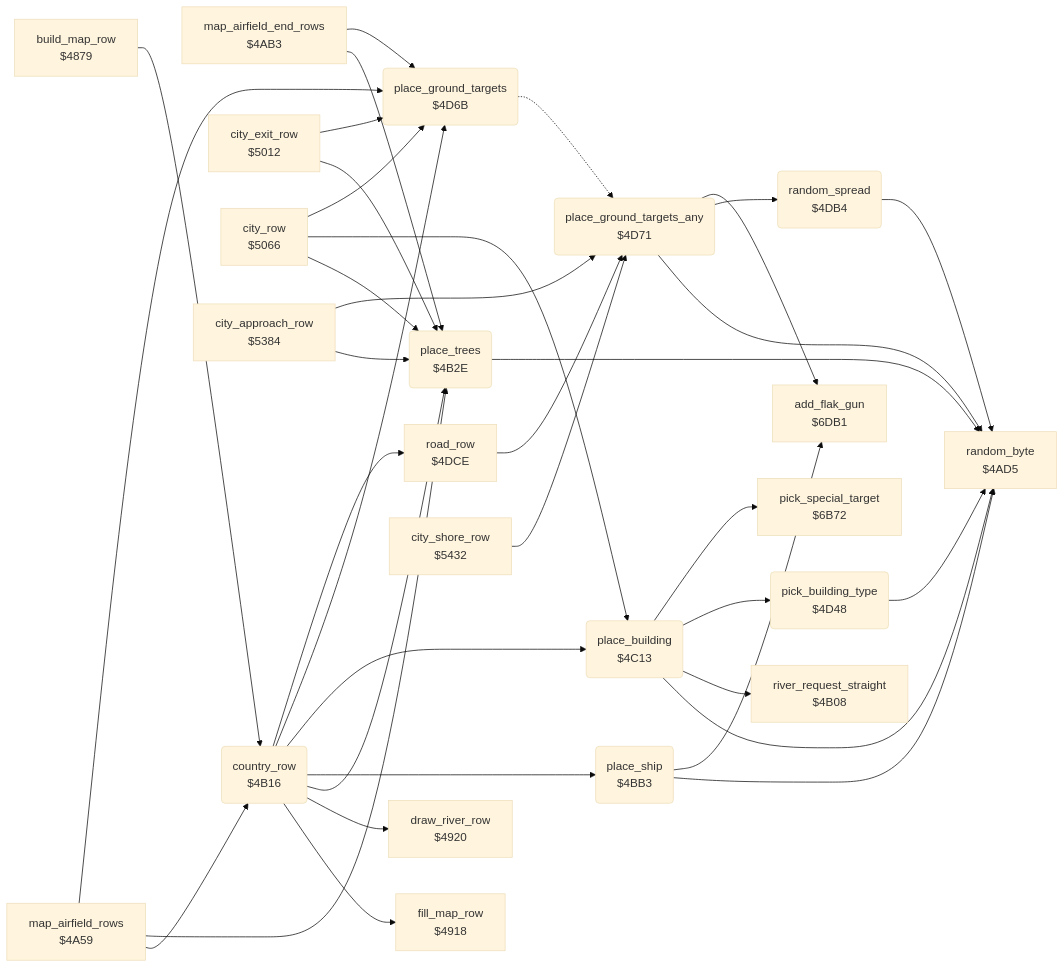
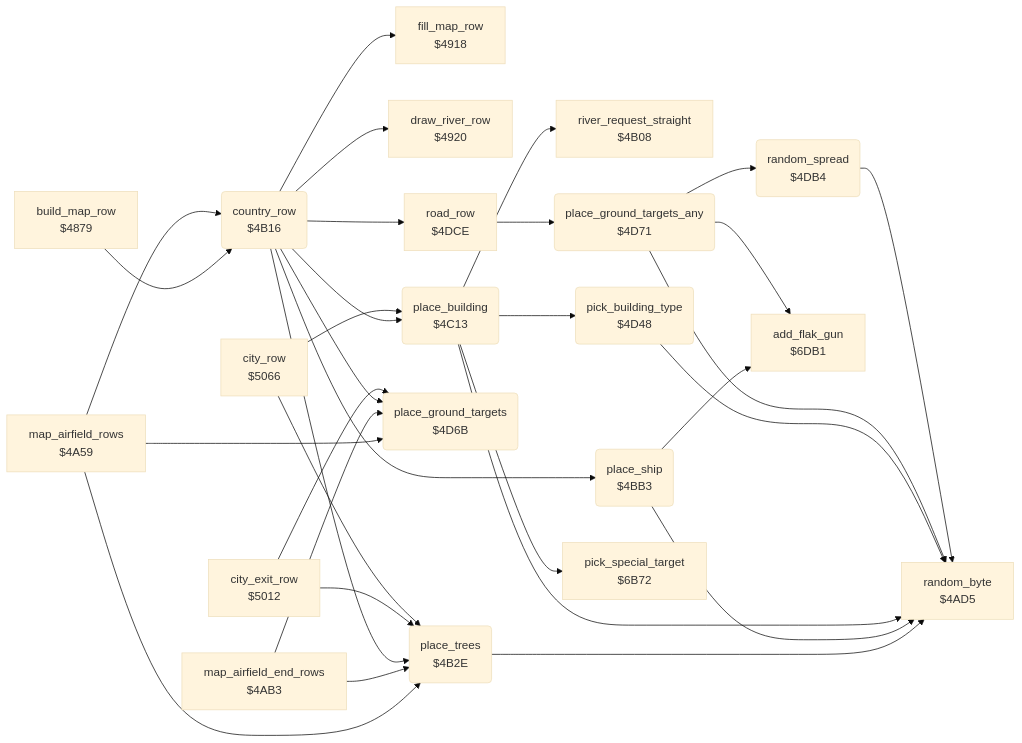
The diagram in blue_max/docs/reference/modules/ground/country_row.md (henols/c64_games), drawn with Mermaid (base theme) before and after one commit. The commit also changed other lines of this file and 1100 other files, not shown here.

````diff
--- a/blue_max/docs/reference/modules/ground/country_row.md
+++ b/blue_max/docs/reference/modules/ground/country_row.md
@@ -10,60 +31,53 @@
 ```mermaid
 flowchart LR
   n4879["build_map_row<br/>$4879"]
   n4918["fill_map_row<br/>$4918"]
   n4920["draw_river_row<br/>$4920"]
   n4a59["map_airfield_rows<br/>$4A59"]
   n4ab3["map_airfield_end_rows<br/>$4AB3"]
   n4ad5["random_byte<br/>$4AD5"]
   n4b08["river_request_straight<br/>$4B08"]
   n4b16("country_row<br/>$4B16")
   n4b2e("place_trees<br/>$4B2E")
   n4bb3("place_ship<br/>$4BB3")
   n4c13("place_building<br/>$4C13")
   n4d48("pick_building_type<br/>$4D48")
   n4d6b("place_ground_targets<br/>$4D6B")
   n4d71("place_ground_targets_any<br/>$4D71")
   n4db4("random_spread<br/>$4DB4")
   n4dce["road_row<br/>$4DCE"]
   n5012["city_exit_row<br/>$5012"]
   n5066["city_row<br/>$5066"]
-  n5384["city_approach_row<br/>$5384"]
-  n5432["city_shore_row<br/>$5432"]
   n6b72["pick_special_target<br/>$6B72"]
   n6db1["add_flak_gun<br/>$6DB1"]
   n4879 --> n4b16
   n4a59 --> n4b16
   n4a59 --> n4b2e
   n4a59 --> n4d6b
   n4ab3 --> n4b2e
   n4ab3 --> n4d6b
   n4b16 --> n4918
   n4b16 --> n4920
   n4b16 --> n4b2e
   n4b16 --> n4bb3
   n4b16 --> n4c13
   n4b16 --> n4d6b
   n4b16 --> n4dce
   n4b2e --> n4ad5
   n4bb3 --> n4ad5
   n4bb3 --> n6db1
   n4c13 --> n4ad5
   n4c13 --> n4b08
   n4c13 --> n4d48
   n4c13 --> n6b72
   n4d48 --> n4ad5
-  n4d6b -.-> n4d71
   n4d71 --> n4ad5
   n4d71 --> n4db4
   n4d71 --> n6db1
   n4db4 --> n4ad5
   n4dce --> n4d71
   n5012 --> n4b2e
   n5012 --> n4d6b
   n5066 --> n4b2e
   n5066 --> n4c13
-  n5066 --> n4d6b
-  n5384 --> n4b2e
-  n5384 --> n4d71
-  n5432 --> n4d71
 ```
````
